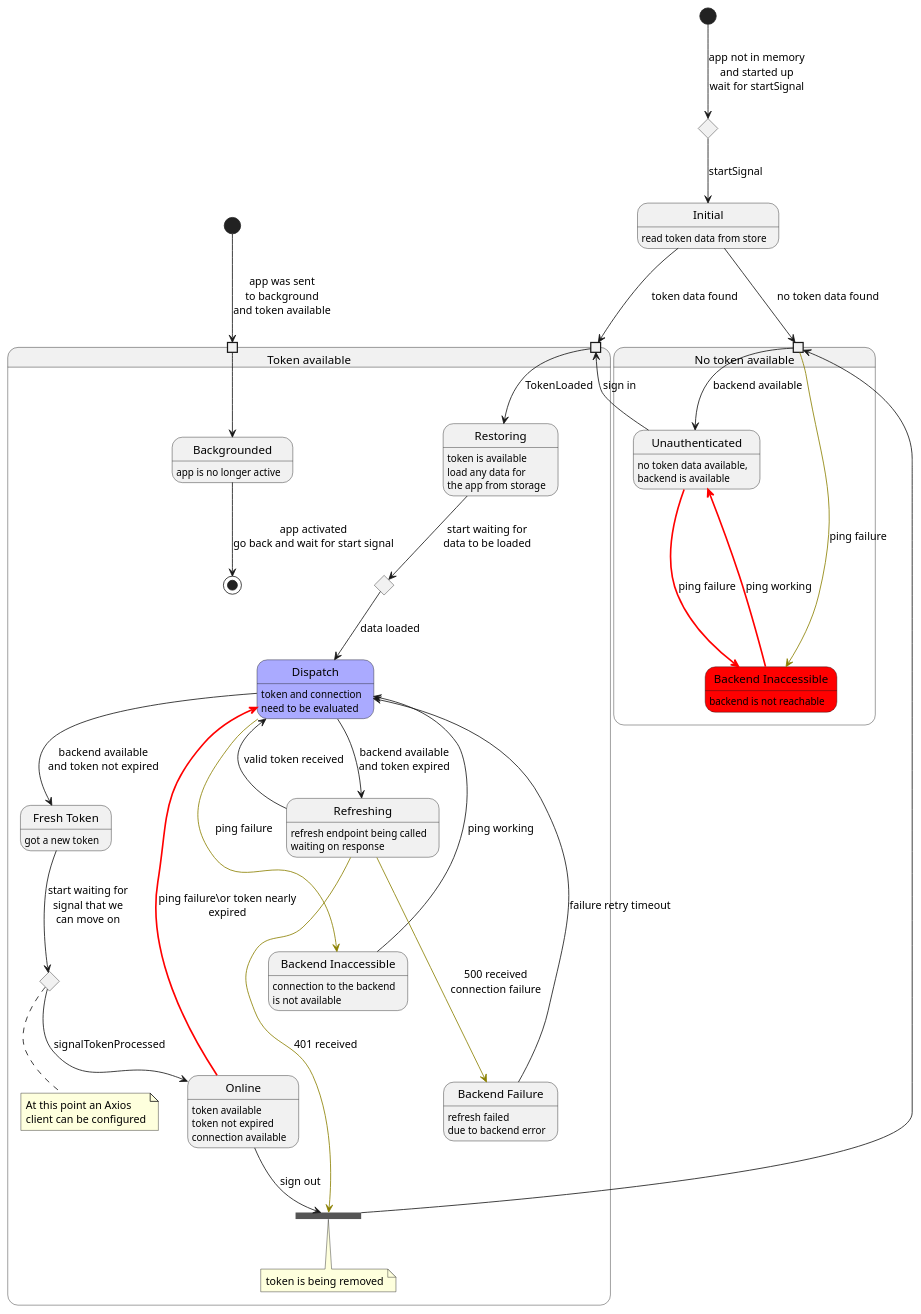
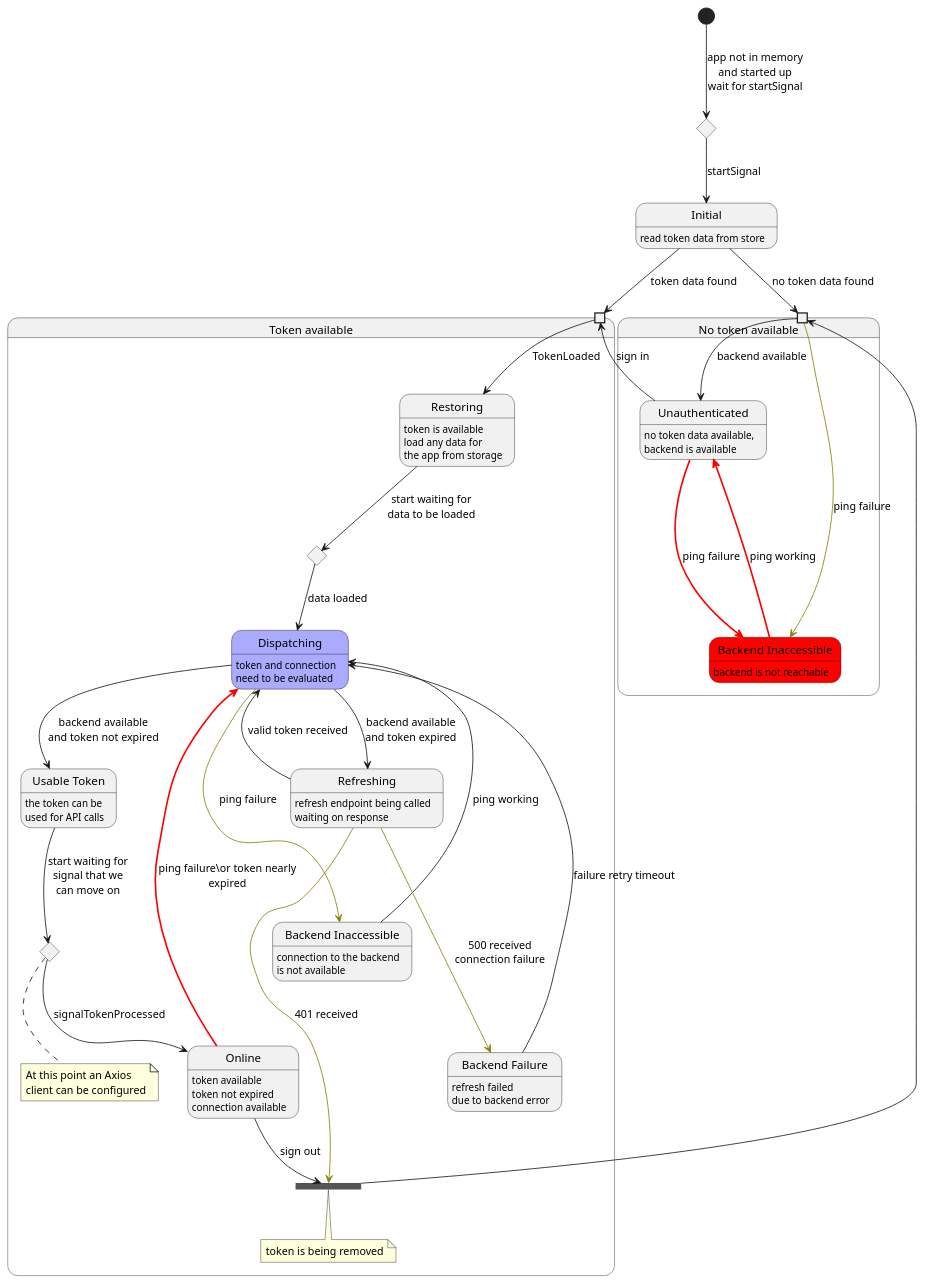
The first of 4 diagrams in packages/auth-context/AuthState.puml (trajano/spring-cloud-demo), drawn with PlantUML before and after one commit. The commit also changed 39 other files, not shown here.

```diff
--- a/packages/auth-context/AuthState.puml
+++ b/packages/auth-context/AuthState.puml
@@ -1,83 +1,83 @@
 @startuml AuthState
 state Signal <<choice>>
 state Initial : read token data from store
 [*] --> Signal : app not in memory\nand started up\nwait for startSignal
 Signal --> Initial : startSignal
 
 state "Token available" as Authenticated {
   state " " as needsRefreshPin <<inputPin>>
   ' state " " as authenticatedPin <<inputPin>>
-  state " " as backgroundedPin <<inputPin>>
+  ' state " " as backgroundedPin <<inputPin>>
   ' needsRefreshPin --> Restoring
   state WaitForDataLoaded <<choice>>
   needsRefreshPin --> InitialLoad : TokenLoaded
   ' authenticatedPin --> AuthenticatedOnline
-  backgroundedPin --> Backgrounded
+  ' backgroundedPin --> Backgrounded
   state "Restoring" as InitialLoad: token is available\nload any data for\nthe app from storage
   ' state "Needs Refresh" as NeedsRefresh: token may no longer be valid
-  state "Dispatch" as NeedsRefresh #aaaaff: token and connection\nneed to be evaluated
+  state "Dispatching" as NeedsRefresh #aaaaff: token and connection\nneed to be evaluated
   state Refreshing: refresh endpoint being called\nwaiting on response
-  state "Fresh Token" as FreshToken: got a new token
+  state "Usable Token" as FreshToken: the token can be\nused for API calls
   state FreshTokenWait <<choice>>
   state "Online" as AuthenticatedOnline: token available\ntoken not expired\nconnection available
   state "Backend Inaccessible" as BackendInaccessible: connection to the backend\nis not available
   state "Backend Failure" as BackendFailure: refresh failed\ndue to backend error
   state "Token Removal" as TokenRemoval <<join>>
-  state "Backgrounded" as Backgrounded: app is no longer active
+  ' state "Backgrounded" as Backgrounded: app is no longer active
 
   note bottom of TokenRemoval
     token is being removed
   end note
 
   ' state "Restoring" as Restoring: app is active\nin foreground
 
   FreshToken --> FreshTokenWait : start waiting for\nsignal that we\ncan move on
   FreshTokenWait --> AuthenticatedOnline : signalTokenProcessed
   InitialLoad --> WaitForDataLoaded : start waiting for\ndata to be loaded
   WaitForDataLoaded --> NeedsRefresh: data loaded
   NeedsRefresh --> Refreshing: backend available\nand token expired
   NeedsRefresh --> FreshToken : backend available\nand token not expired
   ' Refreshing --> FreshTokenWait: valid token received
   Refreshing --> NeedsRefresh: valid token received
   Refreshing --[#8B8000]-> TokenRemoval: 401 received
   'AuthenticatedOnline --[#red,bold]-> BackendInaccessible : ping failure
   AuthenticatedOnline --[#red,bold]-> NeedsRefresh : ping failure\or token nearly\nexpired
 '  AuthenticatedOnline --> NeedsRefresh : token nearly expired
   BackendInaccessible --> NeedsRefresh : ping working
   NeedsRefresh --[#8B8000]-> BackendInaccessible : ping failure
   Refreshing --[#8B8000]-> BackendFailure : 500 received\nconnection failure
   BackendFailure --> NeedsRefresh : failure retry timeout
   AuthenticatedOnline --> TokenRemoval : sign out
-  Backgrounded --> [*]: app activated\ngo back and wait for start signal
+  ' Backgrounded --> [*]: app activated\ngo back and wait for start signal
   ' Backgrounded -> Restoring: app activated
   ' Restoring -> NeedsRefresh: app restored
   note bottom of FreshTokenWait
     At this point an Axios
     client can be configured
   end note
 
 }
 
 state "No token available" as NoToken {
   state " " as unauthenticatedPin <<inputPin>>
   state Unauthenticated : no token data available,\nbackend is available
   state "Backend Inaccessible" as UnauthenticatedOffline #red : backend is not reachable
   unauthenticatedPin --> Unauthenticated : backend available
   unauthenticatedPin --[#8B8000]-> UnauthenticatedOffline : ping failure
   Unauthenticated --[#red,bold]-> UnauthenticatedOffline : ping failure
   UnauthenticatedOffline --[#red,bold]-> Unauthenticated : ping working
   Unauthenticated --> needsRefreshPin : sign in
 
 }
 
 
 Initial --> unauthenticatedPin : no token data found
 Initial --> needsRefreshPin : token data found
 TokenRemoval --> unauthenticatedPin
 
 ' state AppActivate <<start>>
 ' AppActivate --> needsRefreshPin : app was activated\nfrom memory
-state AppBackgrounded <<start>>
-AppBackgrounded --> backgroundedPin : app was sent\nto background\nand token available
+' state AppBackgrounded <<start>>
+' AppBackgrounded --> backgroundedPin : app was sent\nto background\nand token available
 
 @enduml
```
